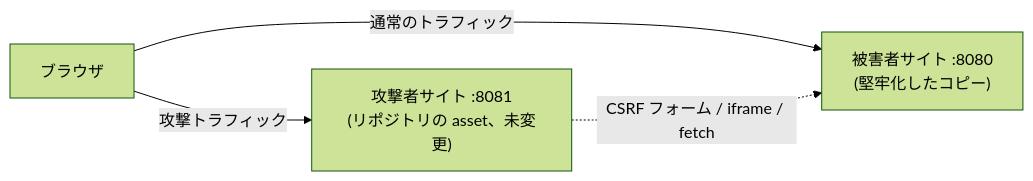
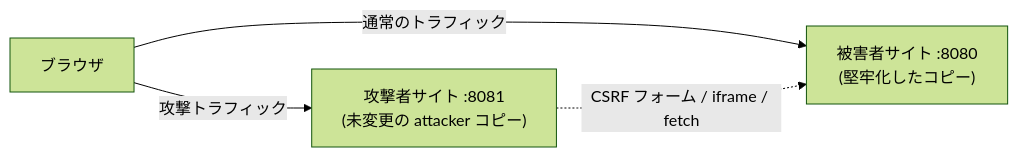
The diagram in infra/web_security_defense_ja.md (sokoide/workshop), drawn with Mermaid (forest theme) before and after one commit. The commit also changed other lines of this file and 74 other files, not shown here.

First line of the commit message:
Improve workshop learning flows and reproducible BBS exercises

````diff
--- a/infra/web_security_defense_ja.md
+++ b/infra/web_security_defense_ja.md
@@ -34,6 +44,6 @@
 ```mermaid
 graph LR
     B["ブラウザ"] -->|"通常のトラフィック"| V["被害者サイト :8080<br/>(堅牢化したコピー)"]
-    B -->|"攻撃トラフィック"| A["攻撃者サイト :8081<br/>(リポジトリの asset、未変更)"]
+    B -->|"攻撃トラフィック"| A["攻撃者サイト :8081<br/>(未変更の attacker コピー)"]
     A -.->|"CSRF フォーム / iframe / fetch"| V
 ```
````
